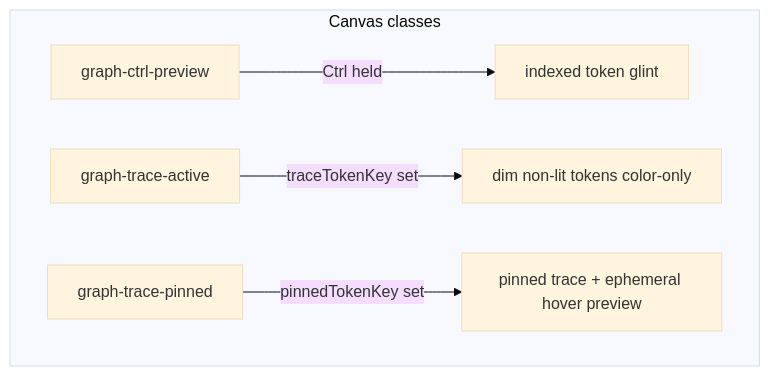
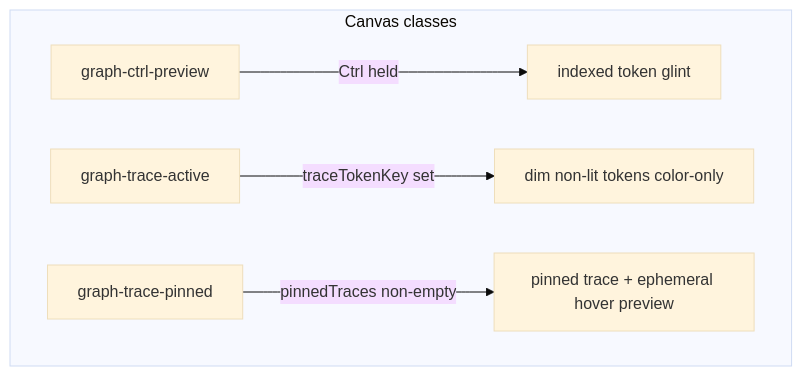
Before and after one commit to matkleve/codegrapher: diagram 11 of 13 in docs/specs/system/preview-edges.interactions.supplement.md, drawn with Mermaid (base theme). The commit also changed other lines of this file and 86 other files, not shown here.

````diff
--- a/docs/specs/system/preview-edges.interactions.supplement.md
+++ b/docs/specs/system/preview-edges.interactions.supplement.md
@@ -343,8 +371,8 @@
 ```mermaid
 flowchart TB
   subgraph classes [Canvas classes]
     C[graph-ctrl-preview] -->|Ctrl held| Shimmer[indexed token glint]
     T[graph-trace-active] -->|traceTokenKey set| Dim[dim non-lit tokens color-only]
-    P[graph-trace-pinned] -->|pinnedTokenKey set| Pin[pinned trace + ephemeral hover preview]
+    P[graph-trace-pinned] -->|pinnedTraces non-empty| Pin[pinned trace + ephemeral hover preview]
   end
 ```
````
